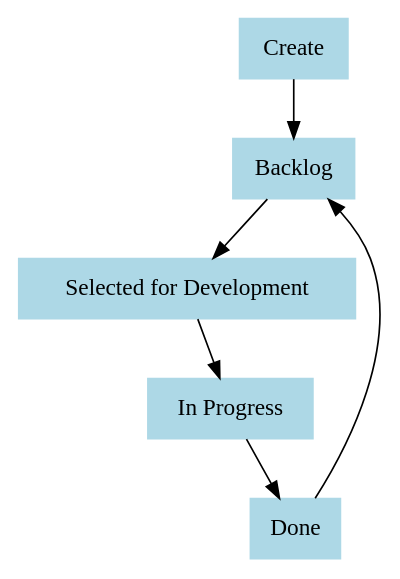
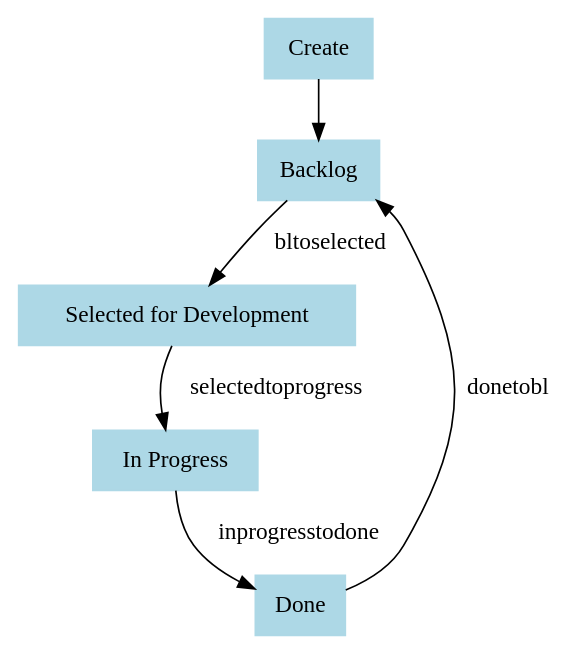
The diagram in Digraph.gv (brunogabrielpk/jirawkreader), drawn with Graphviz before and after one commit. The commit also changed 2 other files, not shown here.

```diff
--- a/Digraph.gv
+++ b/Digraph.gv
@@ -1,13 +1,13 @@
 // Workflow
 digraph {
 	Create [label=Create color=lightblue shape=box style=filled]
 	11 [label=Backlog color=lightblue shape=box style=filled]
 	22 [label="Selected for Development" color=lightblue shape=box style=filled]
 	33 [label="In Progress" color=lightblue shape=box style=filled]
 	44 [label=Done color=lightblue shape=box style=filled]
 	Create -> 11
-	11 -> 22
-	22 -> 33
-	33 -> 44
-	44 -> 11
+	11 -> 22 [label=bltoselected]
+	22 -> 33 [label=selectedtoprogress]
+	33 -> 44 [label=inprogresstodone]
+	44 -> 11 [label=donetobl]
 }
```
